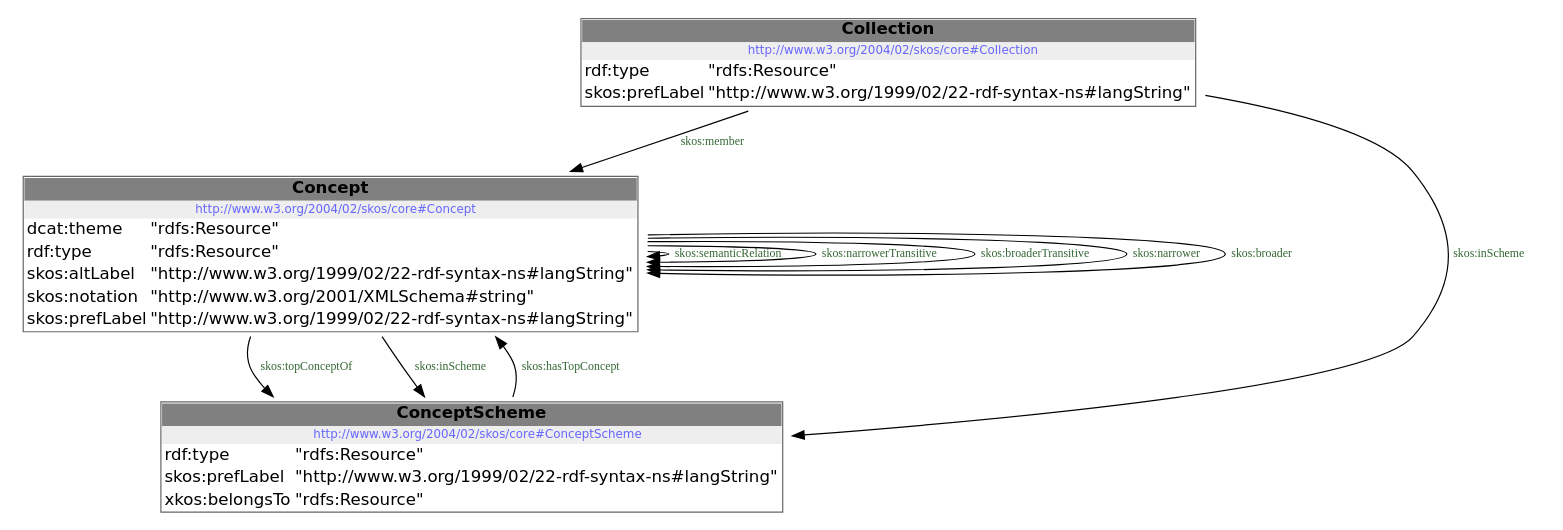
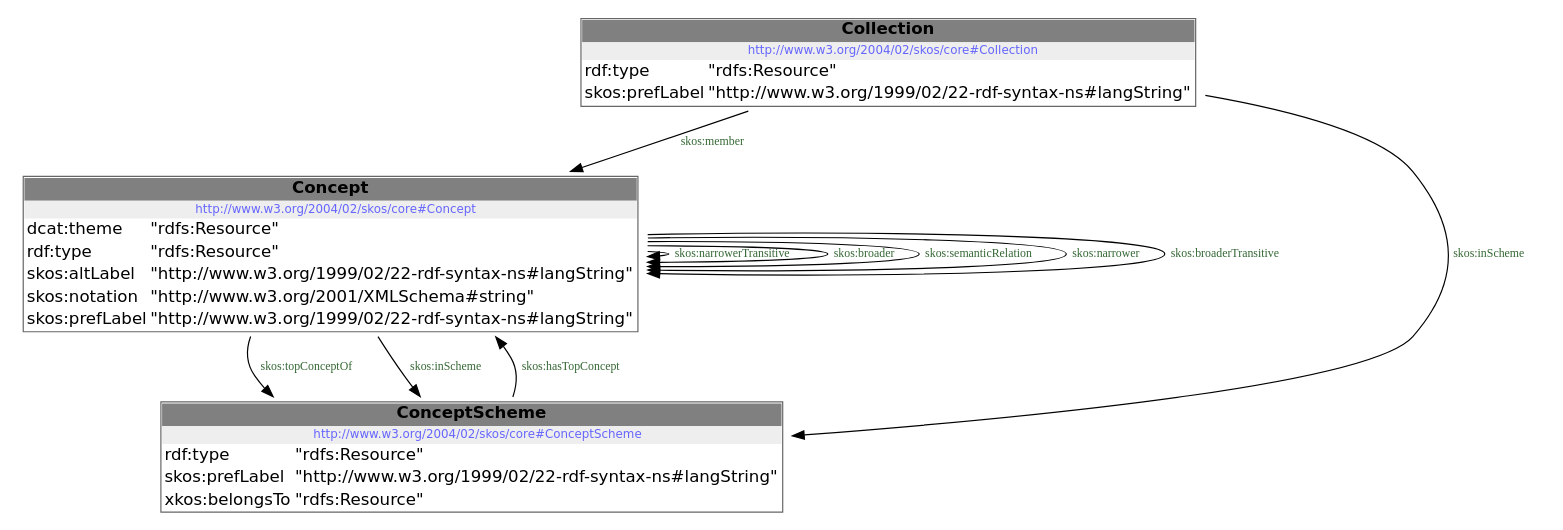
The diagram in src/documentation/model.dot (milieuinfo/codelijst-fysico-chemische-eigenschap), drawn with Graphviz before and after one commit. The commit also changed 4 other files, not shown here.

```diff
--- a/src/documentation/model.dot
+++ b/src/documentation/model.dot
@@ -1,19 +1,19 @@
 digraph { 
  node [ fontname="DejaVu Sans" ] ; 
+	node0 -> node0 [ color=BLACK, label=< <font point-size='10' color='#336633'>skos:narrowerTransitive</font> > ] ;
+	node0 -> node0 [ color=BLACK, label=< <font point-size='10' color='#336633'>skos:broader</font> > ] ;
+	node1 -> node0 [ color=BLACK, label=< <font point-size='10' color='#336633'>skos:member</font> > ] ;
 	node0 -> node0 [ color=BLACK, label=< <font point-size='10' color='#336633'>skos:semanticRelation</font> > ] ;
-	node0 -> node0 [ color=BLACK, label=< <font point-size='10' color='#336633'>skos:narrowerTransitive</font> > ] ;
-	node0 -> node1 [ color=BLACK, label=< <font point-size='10' color='#336633'>skos:topConceptOf</font> > ] ;
+	node0 -> node0 [ color=BLACK, label=< <font point-size='10' color='#336633'>skos:narrower</font> > ] ;
+	node2 -> node0 [ color=BLACK, label=< <font point-size='10' color='#336633'>skos:hasTopConcept</font> > ] ;
 	node0 -> node0 [ color=BLACK, label=< <font point-size='10' color='#336633'>skos:broaderTransitive</font> > ] ;
-	node0 -> node1 [ color=BLACK, label=< <font point-size='10' color='#336633'>skos:inScheme</font> > ] ;
-	node2 -> node0 [ color=BLACK, label=< <font point-size='10' color='#336633'>skos:member</font> > ] ;
-	node2 -> node1 [ color=BLACK, label=< <font point-size='10' color='#336633'>skos:inScheme</font> > ] ;
-	node1 -> node0 [ color=BLACK, label=< <font point-size='10' color='#336633'>skos:hasTopConcept</font> > ] ;
-	node0 -> node0 [ color=BLACK, label=< <font point-size='10' color='#336633'>skos:narrower</font> > ] ;
-	node0 -> node0 [ color=BLACK, label=< <font point-size='10' color='#336633'>skos:broader</font> > ] ;
+	node0 -> node2 [ color=BLACK, label=< <font point-size='10' color='#336633'>skos:topConceptOf</font> > ] ;
+	node1 -> node2 [ color=BLACK, label=< <font point-size='10' color='#336633'>skos:inScheme</font> > ] ;
+	node0 -> node2 [ color=BLACK, label=< <font point-size='10' color='#336633'>skos:inScheme</font> > ] ;
 # http://www.w3.org/2004/02/skos/core#Concept node0
 node0 [ shape=none, color=black label=< <table color='#666666' cellborder='0' cellspacing='0' border='1'><tr><td colspan='2' bgcolor='grey'><B>Concept</B></td></tr><tr><td href='http://www.w3.org/2004/02/skos/core#Concept' bgcolor='#eeeeee' colspan='2'><font point-size='10' color='#6666ff'>http://www.w3.org/2004/02/skos/core#Concept</font></td></tr><tr><td align='left'>dcat:theme</td><td align='left'>&quot;rdfs:Resource&quot;</td></tr><tr><td align='left'>rdf:type</td><td align='left'>&quot;rdfs:Resource&quot;</td></tr><tr><td align='left'>skos:altLabel</td><td align='left'>&quot;http://www.w3.org/1999/02/22-rdf-syntax-ns#langString&quot;</td></tr><tr><td align='left'>skos:notation</td><td align='left'>&quot;http://www.w3.org/2001/XMLSchema#string&quot;</td></tr><tr><td align='left'>skos:prefLabel</td><td align='left'>&quot;http://www.w3.org/1999/02/22-rdf-syntax-ns#langString&quot;</td></tr></table> > ] 
-# http://www.w3.org/2004/02/skos/core#ConceptScheme node1
-node1 [ shape=none, color=black label=< <table color='#666666' cellborder='0' cellspacing='0' border='1'><tr><td colspan='2' bgcolor='grey'><B>ConceptScheme</B></td></tr><tr><td href='http://www.w3.org/2004/02/skos/core#ConceptScheme' bgcolor='#eeeeee' colspan='2'><font point-size='10' color='#6666ff'>http://www.w3.org/2004/02/skos/core#ConceptScheme</font></td></tr><tr><td align='left'>rdf:type</td><td align='left'>&quot;rdfs:Resource&quot;</td></tr><tr><td align='left'>skos:prefLabel</td><td align='left'>&quot;http://www.w3.org/1999/02/22-rdf-syntax-ns#langString&quot;</td></tr><tr><td align='left'>xkos:belongsTo</td><td align='left'>&quot;rdfs:Resource&quot;</td></tr></table> > ] 
-# http://www.w3.org/2004/02/skos/core#Collection node2
-node2 [ shape=none, color=black label=< <table color='#666666' cellborder='0' cellspacing='0' border='1'><tr><td colspan='2' bgcolor='grey'><B>Collection</B></td></tr><tr><td href='http://www.w3.org/2004/02/skos/core#Collection' bgcolor='#eeeeee' colspan='2'><font point-size='10' color='#6666ff'>http://www.w3.org/2004/02/skos/core#Collection</font></td></tr><tr><td align='left'>rdf:type</td><td align='left'>&quot;rdfs:Resource&quot;</td></tr><tr><td align='left'>skos:prefLabel</td><td align='left'>&quot;http://www.w3.org/1999/02/22-rdf-syntax-ns#langString&quot;</td></tr></table> > ] 
+# http://www.w3.org/2004/02/skos/core#Collection node1
+node1 [ shape=none, color=black label=< <table color='#666666' cellborder='0' cellspacing='0' border='1'><tr><td colspan='2' bgcolor='grey'><B>Collection</B></td></tr><tr><td href='http://www.w3.org/2004/02/skos/core#Collection' bgcolor='#eeeeee' colspan='2'><font point-size='10' color='#6666ff'>http://www.w3.org/2004/02/skos/core#Collection</font></td></tr><tr><td align='left'>rdf:type</td><td align='left'>&quot;rdfs:Resource&quot;</td></tr><tr><td align='left'>skos:prefLabel</td><td align='left'>&quot;http://www.w3.org/1999/02/22-rdf-syntax-ns#langString&quot;</td></tr></table> > ] 
+# http://www.w3.org/2004/02/skos/core#ConceptScheme node2
+node2 [ shape=none, color=black label=< <table color='#666666' cellborder='0' cellspacing='0' border='1'><tr><td colspan='2' bgcolor='grey'><B>ConceptScheme</B></td></tr><tr><td href='http://www.w3.org/2004/02/skos/core#ConceptScheme' bgcolor='#eeeeee' colspan='2'><font point-size='10' color='#6666ff'>http://www.w3.org/2004/02/skos/core#ConceptScheme</font></td></tr><tr><td align='left'>rdf:type</td><td align='left'>&quot;rdfs:Resource&quot;</td></tr><tr><td align='left'>skos:prefLabel</td><td align='left'>&quot;http://www.w3.org/1999/02/22-rdf-syntax-ns#langString&quot;</td></tr><tr><td align='left'>xkos:belongsTo</td><td align='left'>&quot;rdfs:Resource&quot;</td></tr></table> > ] 
 }
```
